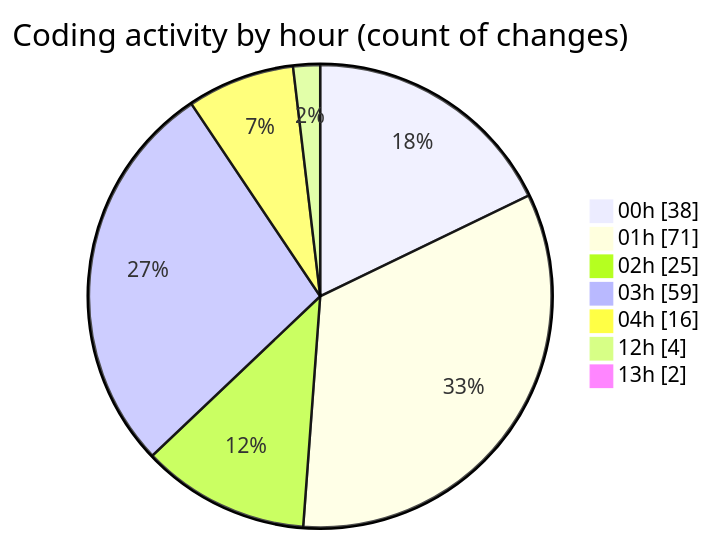
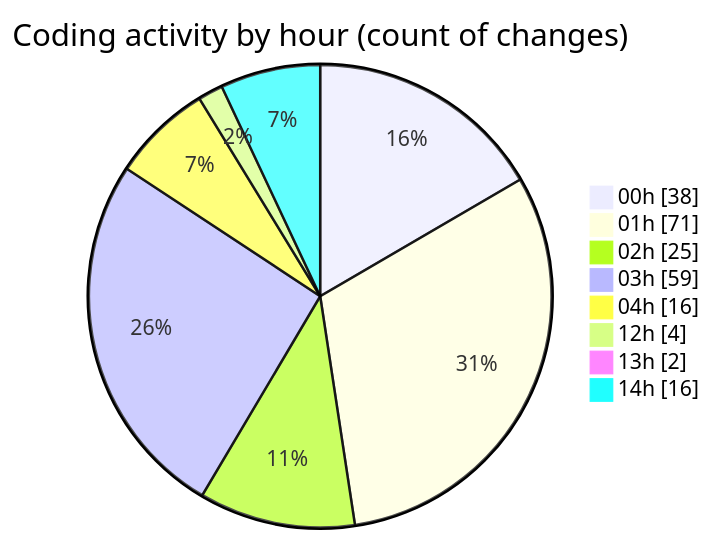
The second of 2 diagrams in 2025-07-27/quanlyrapchieuphim-1/README.md (lephambinh05/code-tracking), drawn with Mermaid before and after one commit. The commit also changed other lines of this file and 1 other file, not shown here.

````diff
--- a/2025-07-27/quanlyrapchieuphim-1/README.md
+++ b/2025-07-27/quanlyrapchieuphim-1/README.md
@@ -80,11 +85,12 @@
 ```mermaid
 pie showData
 title Coding activity by hour (count of changes)
 "00h" : 38
 "01h" : 71
 "02h" : 25
 "03h" : 59
 "04h" : 16
 "12h" : 4
 "13h" : 2
+"14h" : 16
 ```
````
